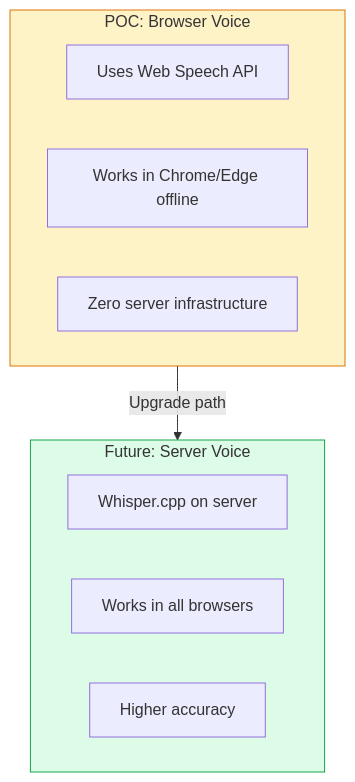
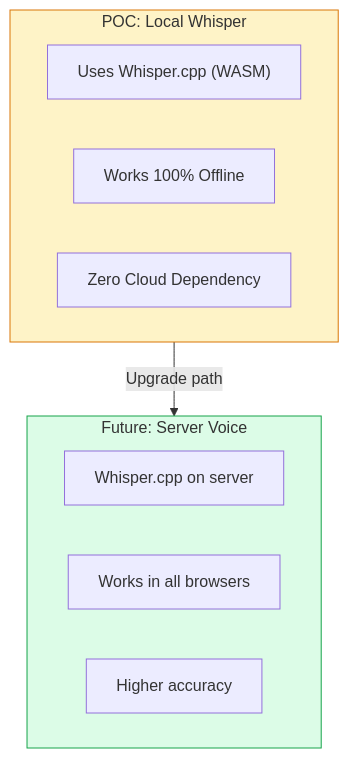
The fourth of 5 diagrams in docs/02-poc-software-design.md (steeltroops-ai/smart-office), drawn with Mermaid before and after one commit. The commit also changed other lines of this file and 8 other files, not shown here.

Commit message:
feat: Upgrade to Enterprise V1 Architecture (SQLite, Locking, Auth)

````diff
--- a/docs/02-poc-software-design.md
+++ b/docs/02-poc-software-design.md
@@ -480,19 +459,19 @@
 ```mermaid
 flowchart TB
-    subgraph POC["POC: Browser Voice"]
-        A["Uses Web Speech API"]
-        B["Works in Chrome/Edge offline"]
-        C["Zero server infrastructure"]
+    subgraph POC["POC: Local Whisper"]
+        A["Uses Whisper.cpp (WASM)"]
+        B["Works 100% Offline"]
+        C["Zero Cloud Dependency"]
     end
     
     subgraph FUTURE["Future: Server Voice"]
         D["Whisper.cpp on server"]
         E["Works in all browsers"]
         F["Higher accuracy"]
     end
     
     POC -->|"Upgrade path"| FUTURE
     
     style POC fill:#fef3c7, stroke:#d97706
     style FUTURE fill:#dcfce7, stroke:#16a34a
 ```
````
